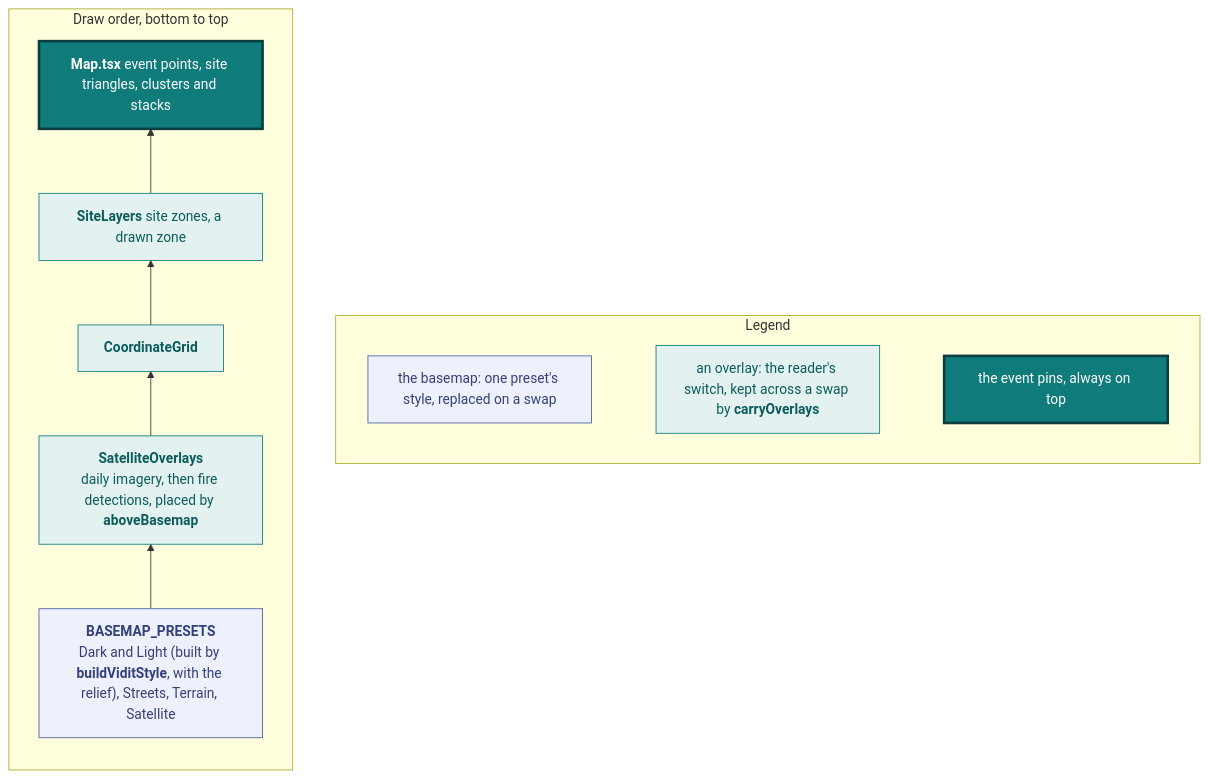
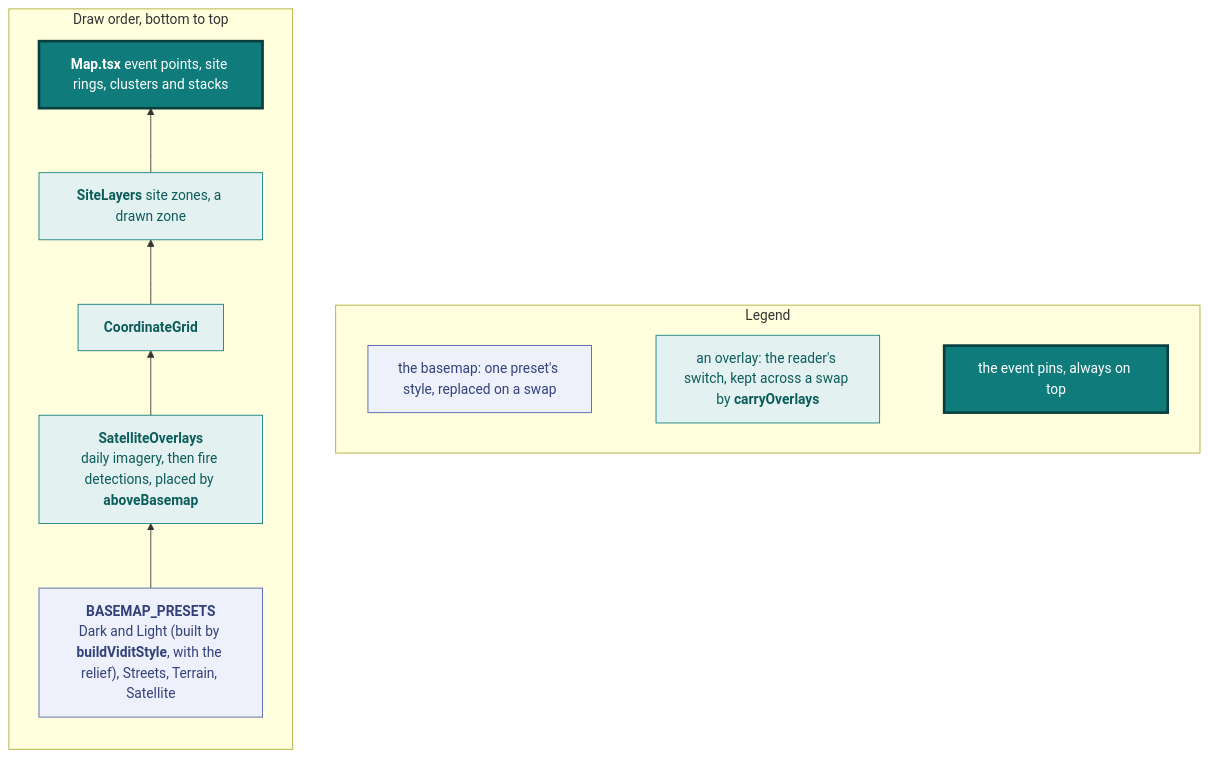
One commit to vidithq/vidit changed the second of 23 diagrams in docs/design.md. Above: the diagram before and after it, drawn with Mermaid. The commit also changed other lines of this file and 145 other files, not shown here.

````diff
--- a/docs/design.md
+++ b/docs/design.md
@@ -180,26 +180,26 @@
 ```mermaid
 flowchart BT
   classDef spec fill:#eef1fb,stroke:#4a5fa5,color:#33417a
   classDef shared fill:#e3f2f1,stroke:#0f7b7a,color:#0b5c5b
   classDef core fill:#0f7b7a,stroke:#083f3e,stroke-width:3px,color:#ffffff
 
   subgraph legend [Legend]
     direction LR
     l1["`the basemap: one preset's style, replaced on a swap`"]:::spec
     l2["`an overlay: the reader's switch, kept across a swap by **carryOverlays**`"]:::shared
     l3["`the event pins, always on top`"]:::core
     l1 ~~~ l2 ~~~ l3
   end
 
   subgraph stack [Draw order, bottom to top]
     direction BT
     basemap["`**BASEMAP_PRESETS**
     Dark and Light (built by **buildViditStyle**, with the relief), Streets, Terrain, Satellite`"]:::spec
     imagery["`**SatelliteOverlays**
     daily imagery, then fire detections, placed by **aboveBasemap**`"]:::shared
     grid["`**CoordinateGrid**`"]:::shared
     sites["`**SiteLayers** site zones, a drawn zone`"]:::shared
-    pins["`**Map.tsx** event points, site triangles, clusters and stacks`"]:::core
+    pins["`**Map.tsx** event points, site rings, clusters and stacks`"]:::core
     basemap --> imagery --> grid --> sites --> pins
   end
 ```
````
